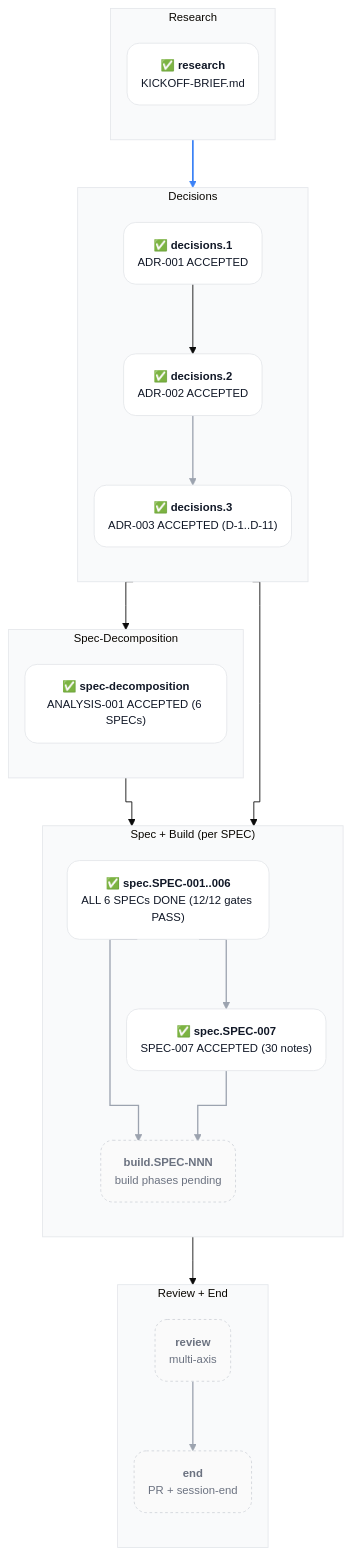
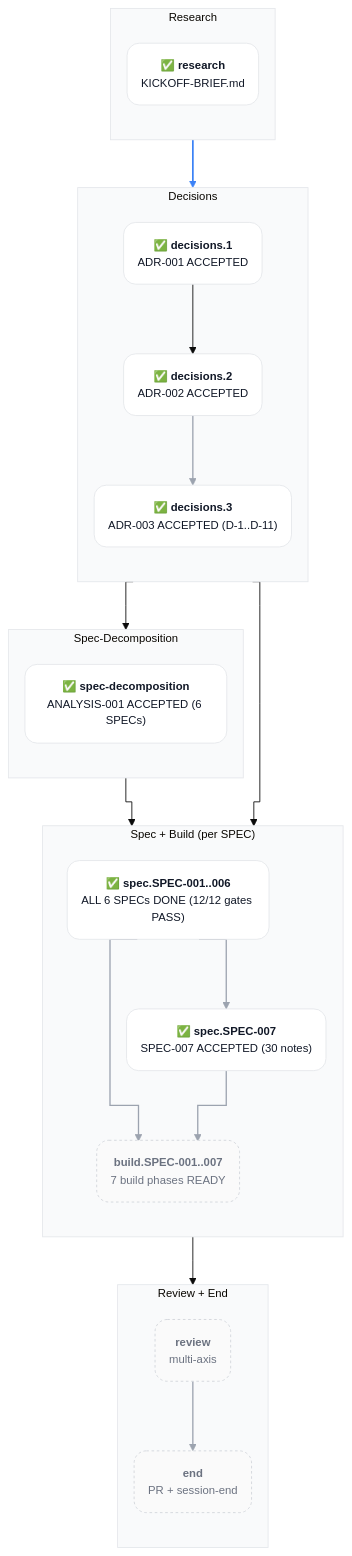
The first of 11 diagrams in docs/planning/PLAN-001-skills-ecosystem.md (acmelabs-15/skills), drawn with Mermaid before and after one commit. The commit also changed other lines of this file and 1 other file, not shown here.

First line of the commit message:
plan(plan-001): add 7 build.SPEC-NNN parts (all READY)

````diff
--- a/docs/planning/PLAN-001-skills-ecosystem.md
+++ b/docs/planning/PLAN-001-skills-ecosystem.md
@@ -82,58 +88,58 @@
 ```mermaid
 %%{init: {'theme':'base','flowchart':{'curve':'stepAfter','nodeSpacing':18,'rankSpacing':55,'padding':16,'diagramPadding':20,'htmlLabels':true},'themeVariables':{'fontFamily':'-apple-system, BlinkMacSystemFont, system-ui, sans-serif','fontSize':'13px','clusterBkg':'#f9fafb','clusterBorder':'#e5e7eb'},'themeCSS':'.edgePath path, .flowchart-link { stroke-linejoin: round !important; stroke-linecap: round !important; } .cluster-label .nodeLabel { font-family: ui-monospace, SFMono-Regular, Menlo, monospace !important; font-size: 11px !important; font-weight: 600 !important; letter-spacing: 0.1em !important; text-transform: uppercase !important; color: #6b7280 !important; }'}}%%
 graph TD
 
   classDef done fill:#ffffff,stroke:#e5e7eb,stroke-width:1px,color:#111827,rx:14,ry:14
   classDef pending fill:#fafafa,stroke:#d1d5db,stroke-width:1px,color:#6b7280,stroke-dasharray:3 3,rx:14,ry:14
 
   subgraph R ["Research"]
     direction TB
     research("✅ <b>research</b><br/><span style='color:#6b7280;font-size:11px'>KICKOFF-BRIEF.md</span>")
   end
 
   subgraph D ["Decisions"]
     direction TB
     d1("✅ <b>decisions.1</b><br/><span style='color:#6b7280;font-size:11px'>ADR-001 ACCEPTED</span>")
     d2("✅ <b>decisions.2</b><br/><span style='color:#6b7280;font-size:11px'>ADR-002 ACCEPTED</span>")
     d3("✅ <b>decisions.3</b><br/><span style='color:#6b7280;font-size:11px'>ADR-003 ACCEPTED (D-1..D-11)</span>")
     d2 --> d3
   end
 
   subgraph S ["Spec-Decomposition"]
     direction TB
     sd("✅ <b>spec-decomposition</b><br/><span style='color:#6b7280;font-size:11px'>ANALYSIS-001 ACCEPTED (6 SPECs)</span>")
   end
 
   subgraph SB ["Spec + Build (per SPEC)"]
     direction TB
     spec_n("✅ <b>spec.SPEC-001..006</b><br/><span style='color:#6b7280;font-size:11px'>ALL 6 SPECs DONE (12/12 gates PASS)</span>")
     spec_007("✅ <b>spec.SPEC-007</b><br/><span style='color:#6b7280;font-size:11px'>SPEC-007 ACCEPTED (30 notes)</span>")
-    build_n("<b>build.SPEC-NNN</b><br/><span style='color:#6b7280;font-size:11px'>build phases pending</span>")
+    build_n("<b>build.SPEC-001..007</b><br/><span style='color:#6b7280;font-size:11px'>7 build phases READY</span>")
     spec_n --> spec_007
     spec_n --> build_n
     spec_007 --> build_n
   end
 
   subgraph RE ["Review + End"]
     direction TB
     review("<b>review</b><br/><span style='color:#6b7280;font-size:11px'>multi-axis</span>")
     fin("<b>end</b><br/><span style='color:#6b7280;font-size:11px'>PR + session-end</span>")
     review --> fin
   end
 
   research --> d1
   d1 --> d2
   d2 --> sd
   sd --> spec_n
   d3 --> spec_007
   build_n --> review
 
   class research,d1,d2,sd,spec_n done
   class d3 done
   class spec_007 done
   class build_n,review,fin pending
   classDef inprogress fill:#fef9c3,stroke:#eab308,stroke-width:1.5px,color:#713f12,rx:14,ry:14
 
   linkStyle 0,1,2,3,4 stroke:#9ca3af,stroke-width:1.5px
   linkStyle 5 stroke:#3b82f6,stroke-width:2px
 ```
````
